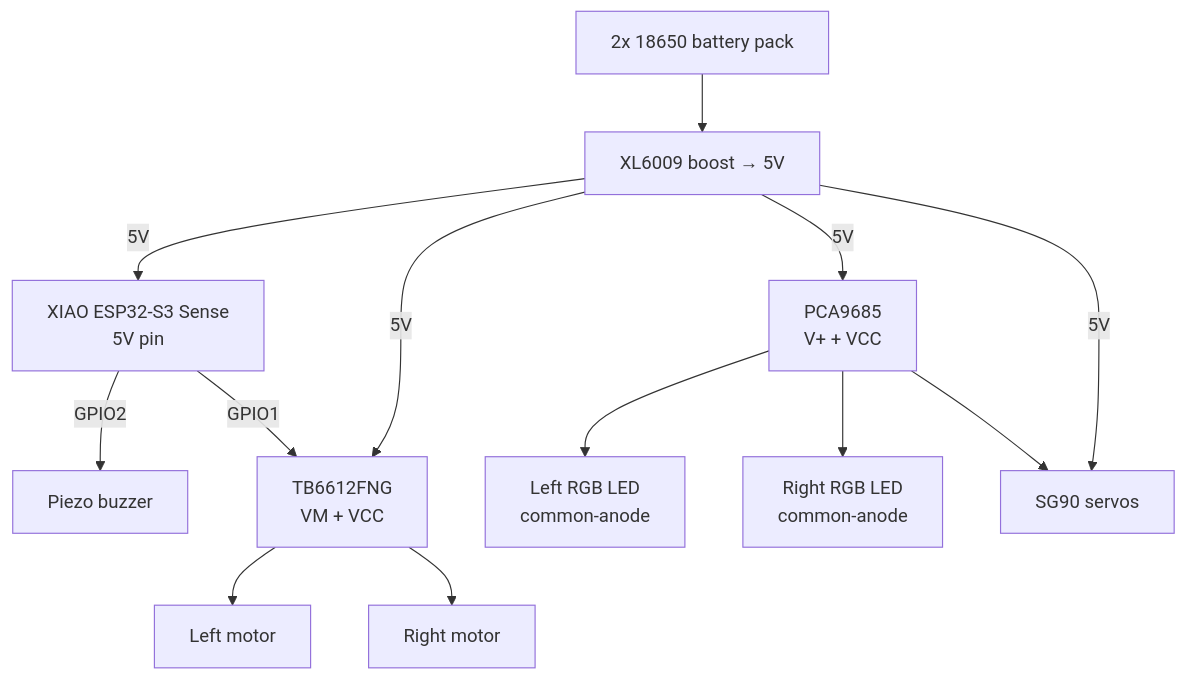
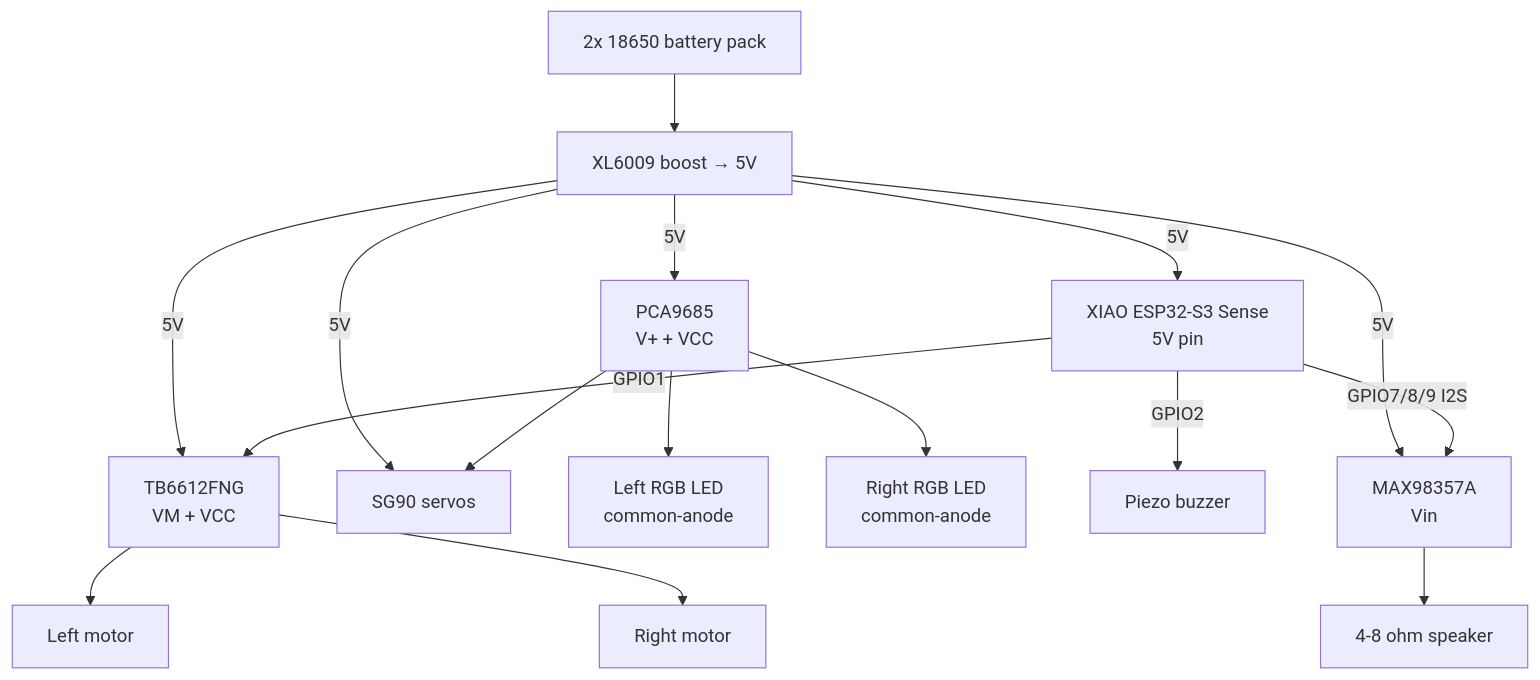
One commit to laurigates/mcu-tinkering-lab changed the second of 3 diagrams in packages/robocar/unified/WIRING.md. Above: the diagram before and after it, drawn with Mermaid. The commit also changed other lines of this file and 21 other files, not shown here.

````diff
--- a/packages/robocar/unified/WIRING.md
+++ b/packages/robocar/unified/WIRING.md
@@ -63,16 +68,19 @@
 ```mermaid
 graph TD
     Bat[2x 18650 battery pack] --> Boost[XL6009 boost → 5V]
     Boost -->|5V| XIAO[XIAO ESP32-S3 Sense<br/>5V pin]
     Boost -->|5V| MD[TB6612FNG<br/>VM + VCC]
     Boost -->|5V| PCA[PCA9685<br/>V+ + VCC]
     Boost -->|5V| Servos[SG90 servos]
     MD --> ML[Left motor]
     MD --> MR[Right motor]
     PCA --> LED_L[Left RGB LED<br/>common-anode]
     PCA --> LED_R[Right RGB LED<br/>common-anode]
     PCA --> Servos
     XIAO -->|GPIO2| Piezo[Piezo buzzer]
     XIAO -->|GPIO1| MD
+    Boost -->|5V| AMP[MAX98357A<br/>Vin]
+    XIAO -->|GPIO7/8/9 I2S| AMP
+    AMP --> SPK[4-8 ohm speaker]
     classDef gnd fill:#ccc,stroke:#333
 ```
````
